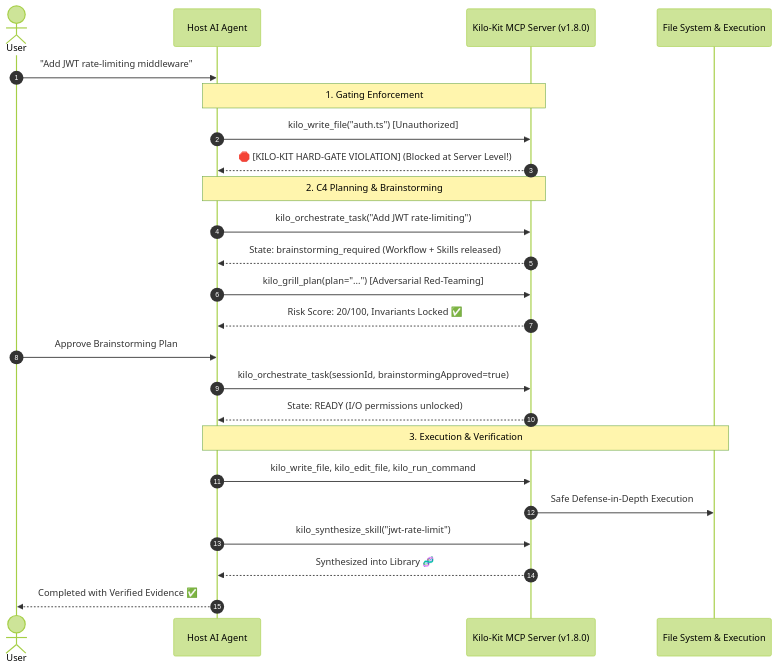
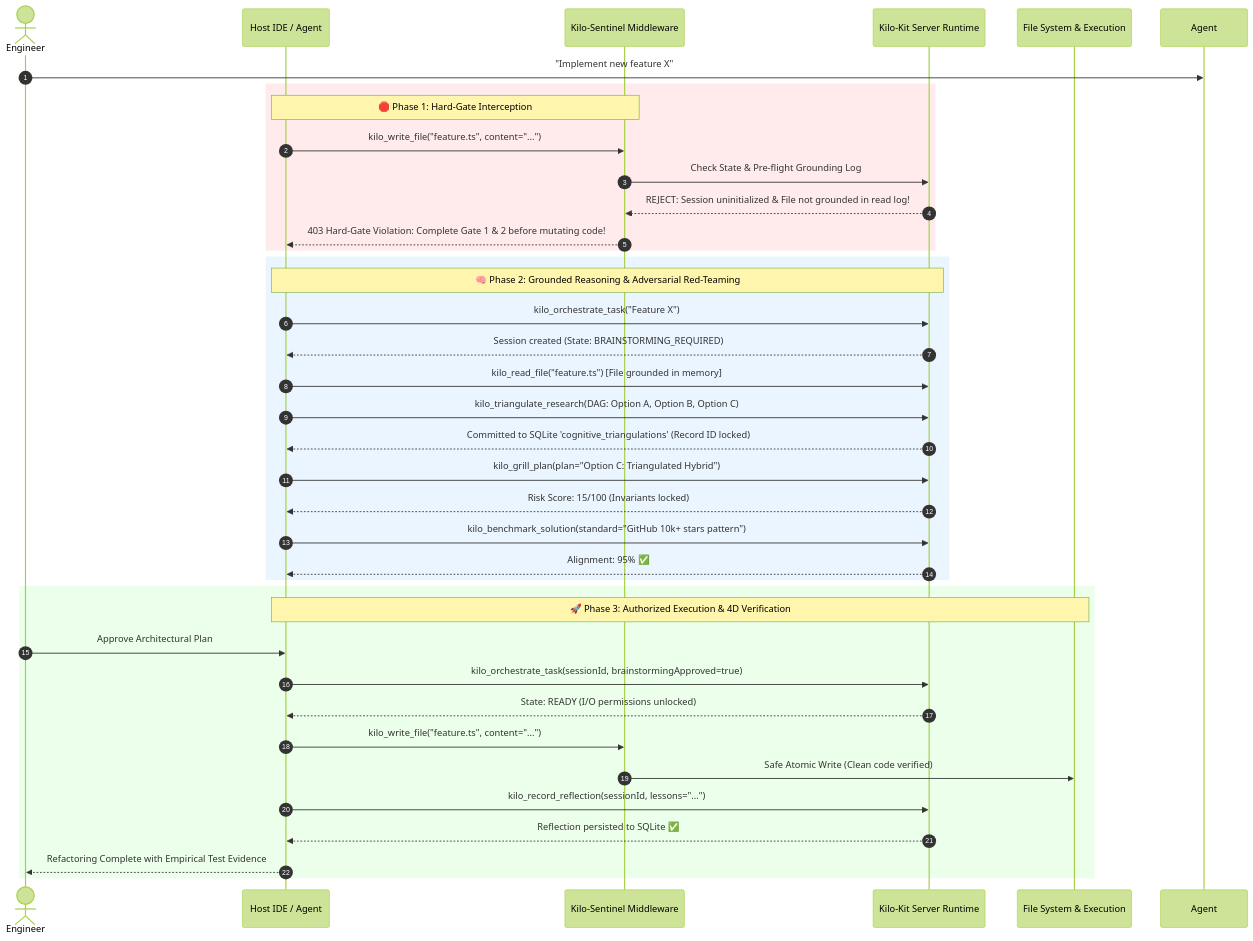
The third of 3 diagrams in README.md (VoDaiLocz/kilo-kit-mcp), drawn with Mermaid (forest theme) before and after one commit. The commit also changed other lines of this file and 8 other files, not shown here.

Commit message:
docs(standard): update README with Mermaid architecture diagrams, 24 tools matrix, and structured docs taxonomy

````diff
--- a/README.md
+++ b/README.md
@@ -67,30 +188,44 @@
 ```mermaid
 sequenceDiagram
     autonumber
-    actor User
-    participant Agent as Host AI Agent
-    participant MCP as Kilo-Kit MCP Server (v1.8.0)
+    actor User as Engineer
+    participant Client as Host IDE / Agent
+    participant Sentinel as Kilo-Sentinel Middleware
+    participant Cortex as Kilo-Kit Server Runtime
     participant Disk as File System & Execution
 
-    User->>Agent: "Add JWT rate-limiting middleware"
-    Note over Agent,MCP: 1. Gating Enforcement
-    Agent->>MCP: kilo_write_file("auth.ts") [Unauthorized]
-    MCP-->>Agent: 🛑 [KILO-KIT HARD-GATE VIOLATION] (Blocked at Server Level!)
+    User->>Agent: "Implement new feature X"
     
-    Note over Agent,MCP: 2. C4 Planning & Brainstorming
-    Agent->>MCP: kilo_orchestrate_task("Add JWT rate-limiting")
-    MCP-->>Agent: State: brainstorming_required (Workflow + Skills released)
-    Agent->>MCP: kilo_grill_plan(plan="...") [Adversarial Red-Teaming]
-    MCP-->>Agent: Risk Score: 20/100, Invariants Locked ✅
-    
-    User->>Agent: Approve Brainstorming Plan
-    Agent->>MCP: kilo_orchestrate_task(sessionId, brainstormingApproved=true)
-    MCP-->>Agent: State: READY (I/O permissions unlocked)
+    rect rgb(255, 235, 235)
+    Note over Client,Sentinel: 🛑 Phase 1: Hard-Gate Interception
+    Client->>Sentinel: kilo_write_file("feature.ts", content="...")
+    Sentinel->>Cortex: Check State & Pre-flight Grounding Log
+    Cortex-->>Sentinel: REJECT: Session uninitialized & File not grounded in read log!
+    Sentinel-->>Client: 403 Hard-Gate Violation: Complete Gate 1 & 2 before mutating code!
+    end
 
-    Note over Agent,Disk: 3. Execution & Verification
-    Agent->>MCP: kilo_write_file, kilo_edit_file, kilo_run_command
-    MCP->>Disk: Safe Defense-in-Depth Execution
-    Agent->>MCP: kilo_synthesize_skill("jwt-rate-limit")
-    MCP-->>Agent: Synthesized into Library 🧬
-    Agent-->>User: Completed with Verified Evidence ✅
+    rect rgb(235, 245, 255)
+    Note over Client,Cortex: 🧠 Phase 2: Grounded Reasoning & Adversarial Red-Teaming
+    Client->>Cortex: kilo_orchestrate_task("Feature X")
+    Cortex-->>Client: Session created (State: BRAINSTORMING_REQUIRED)
+    Client->>Cortex: kilo_read_file("feature.ts") [File grounded in memory]
+    Client->>Cortex: kilo_triangulate_research(DAG: Option A, Option B, Option C)
+    Cortex-->>Client: Committed to SQLite 'cognitive_triangulations' (Record ID locked)
+    Client->>Cortex: kilo_grill_plan(plan="Option C: Triangulated Hybrid")
+    Cortex-->>Client: Risk Score: 15/100 (Invariants locked)
+    Client->>Cortex: kilo_benchmark_solution(standard="GitHub 10k+ stars pattern")
+    Cortex-->>Client: Alignment: 95% ✅
+    end
+
+    rect rgb(235, 255, 235)
+    Note over Client,Disk: 🚀 Phase 3: Authorized Execution & 4D Verification
+    User->>Client: Approve Architectural Plan
+    Client->>Cortex: kilo_orchestrate_task(sessionId, brainstormingApproved=true)
+    Cortex-->>Client: State: READY (I/O permissions unlocked)
+    Client->>Sentinel: kilo_write_file("feature.ts", content="...")
+    Sentinel->>Disk: Safe Atomic Write (Clean code verified)
+    Client->>Cortex: kilo_record_reflection(sessionId, lessons="...")
+    Cortex-->>Client: Reflection persisted to SQLite ✅
+    Client-->>User: Refactoring Complete with Empirical Test Evidence
+    end
 ```
````
